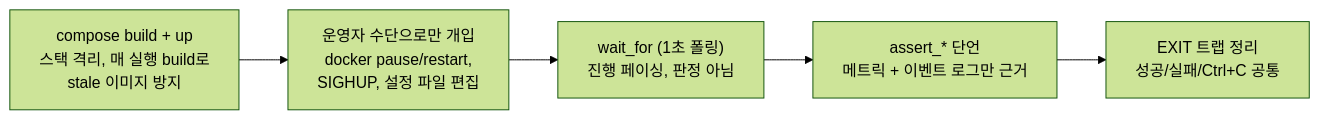
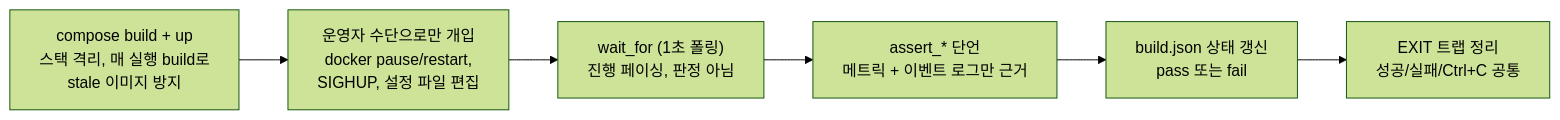
The diagram in docs/SCENARIO.md (dnlfis42/ddcs), drawn with Mermaid (forest theme) before and after one commit. The commit also changed other lines of this file and 8 other files, not shown here.

````diff
--- a/docs/SCENARIO.md
+++ b/docs/SCENARIO.md
@@ -45,9 +45,10 @@
 ```mermaid
 graph LR
   up["compose build + up<br/>스택 격리, 매 실행 build로<br/>stale 이미지 방지"]
   fault["운영자 수단으로만 개입<br/>docker pause/restart,<br/>SIGHUP, 설정 파일 편집"]
   wait["wait_for (1초 폴링)<br/>진행 페이싱, 판정 아님"]
   assert["assert_* 단언<br/>메트릭 + 이벤트 로그만 근거"]
+  record["build.json 상태 갱신<br/>pass 또는 fail"]
   down["EXIT 트랩 정리<br/>성공/실패/Ctrl+C 공통"]
-  up --> fault --> wait --> assert --> down
+  up --> fault --> wait --> assert --> record --> down
 ```
````
